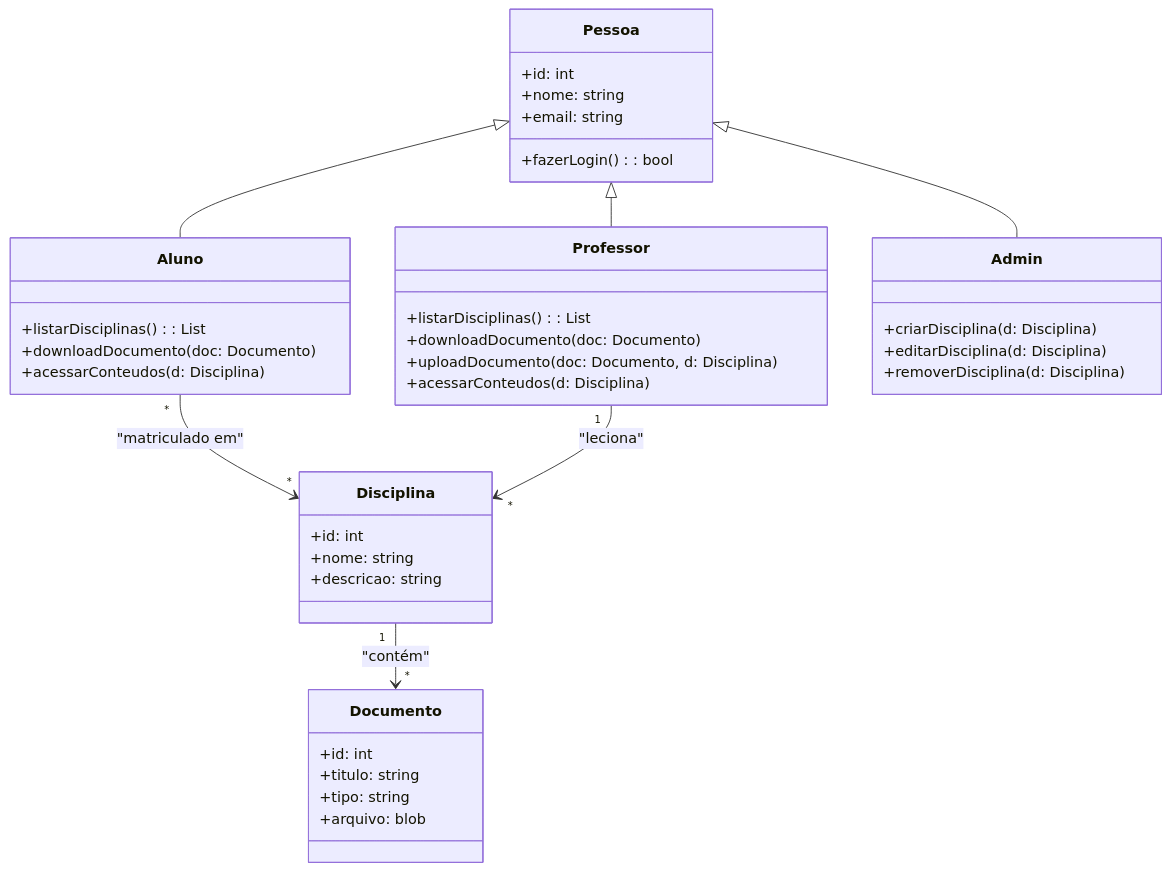
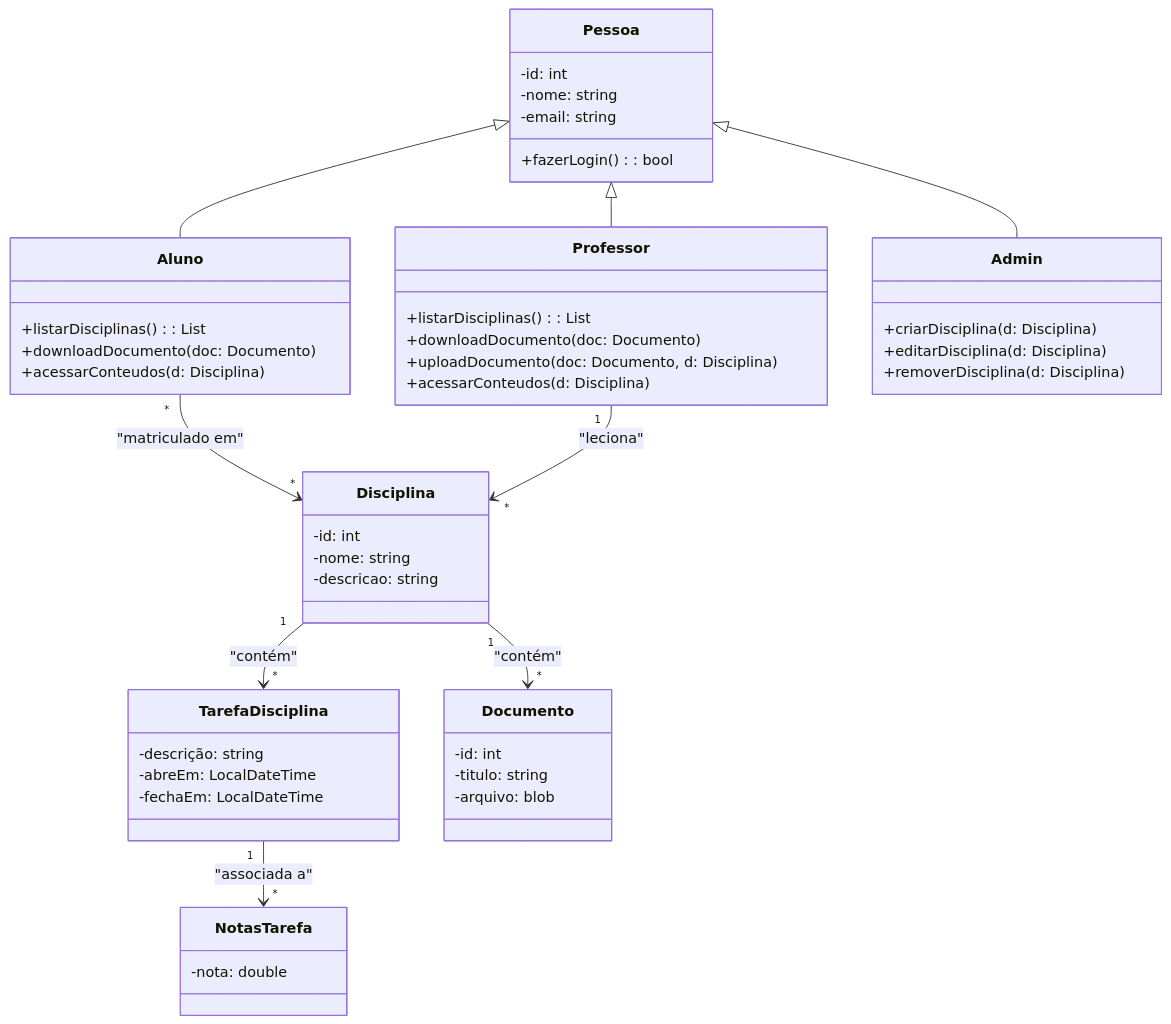
Before and after one commit to ImGabreuw/learning-management-system: the eighth of 8 diagrams in docs/modeling/subjects.md, drawn with Mermaid.

Commit message:
docs: Subjects

````diff
--- a/docs/modeling/subjects.md
+++ b/docs/modeling/subjects.md
@@ -148,50 +148,61 @@
 ```mermaid
 classDiagram
     class Pessoa {
-        +id: int
-        +nome: string
-        +email: string
+        -id: int
+        -nome: string
+        -email: string
         +fazerLogin(): bool
     }
 
     class Aluno {
         +listarDisciplinas(): List<Disciplina>
         +downloadDocumento(doc: Documento)
         +acessarConteudos(d: Disciplina)
     }
 
     class Professor {
         +listarDisciplinas(): List<Disciplina>
         +downloadDocumento(doc: Documento)
         +uploadDocumento(doc: Documento, d: Disciplina)
         +acessarConteudos(d: Disciplina)
     }
 
     class Admin {
         +criarDisciplina(d: Disciplina)
         +editarDisciplina(d: Disciplina)
         +removerDisciplina(d: Disciplina)
     }
 
     class Disciplina {
-        +id: int
-        +nome: string
-        +descricao: string
+        -id: int
+        -nome: string
+        -descricao: string
+    }
+
+    class TarefaDisciplina {
+        -descrição: string
+        -abreEm: LocalDateTime
+        -fechaEm: LocalDateTime
+    }
+
+    class NotasTarefa {
+        -nota: double
     }
 
     class Documento {
-        +id: int
-        +titulo: string
-        +tipo: string
-        +arquivo: blob
+        -id: int
+        -titulo: string
+        -arquivo: blob
     }
 
     Pessoa <|-- Aluno
     Pessoa <|-- Professor
     Pessoa <|-- Admin
 
     Aluno "*" --> "*" Disciplina : "matriculado em"
     Professor "1" --> "*" Disciplina : "leciona"
     Disciplina "1" --> "*" Documento : "contém"
+    Disciplina "1" --> "*" TarefaDisciplina: "contém"
+    TarefaDisciplina "1" --> "*" NotasTarefa: "associada a"
 
 ```
````
